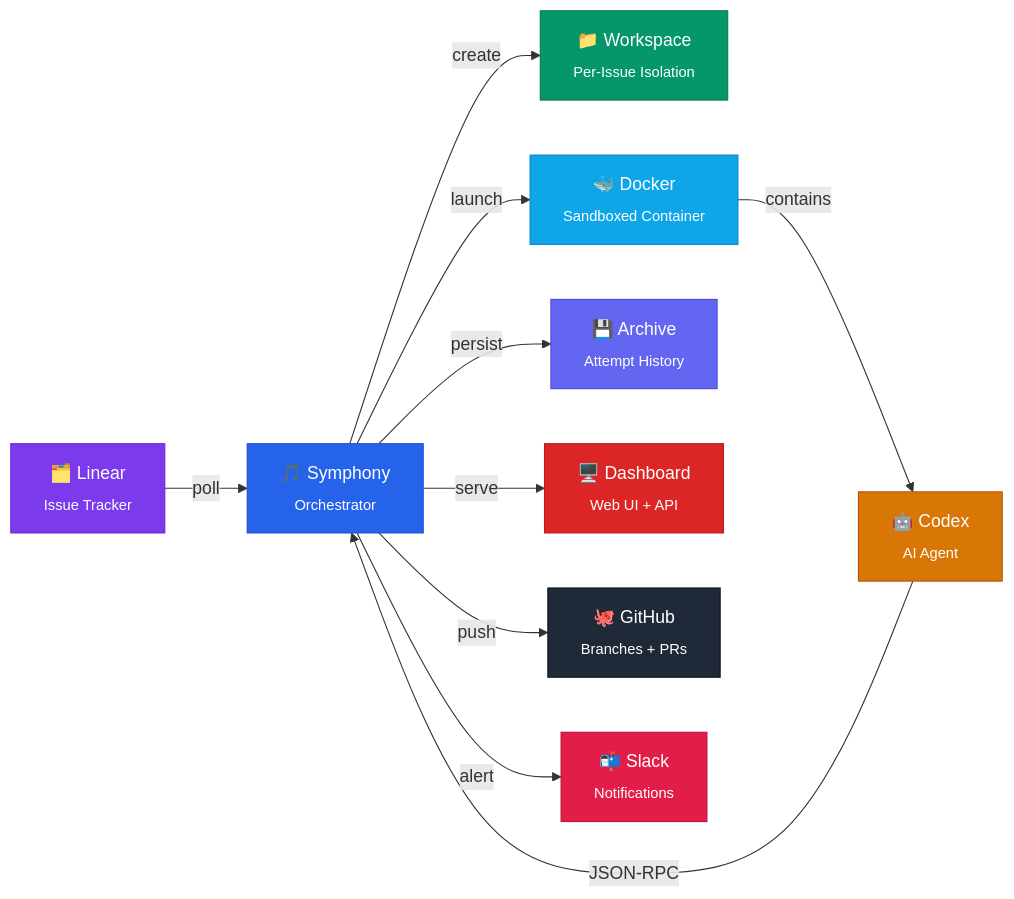
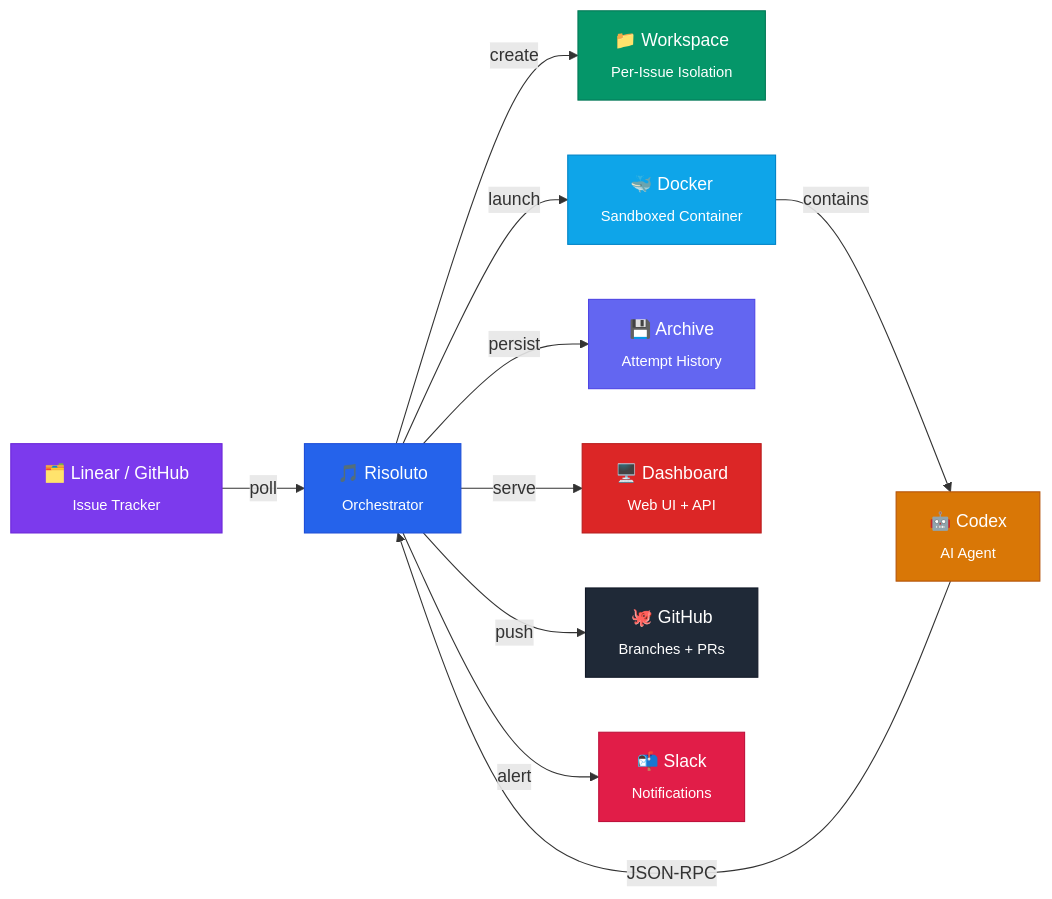
The first of 3 diagrams in README.md (OmerFarukOruc/risoluto), drawn with Mermaid before and after one commit. The commit also changed other lines of this file and 348 other files, not shown here.

````diff
--- a/README.md
+++ b/README.md
@@ -55,22 +56,22 @@
 ```mermaid
 flowchart LR
-    A["🗂️ Linear<br/><sub>Issue Tracker</sub>"] -->|"poll"| B["🎵 Symphony<br/><sub>Orchestrator</sub>"]
+    A["🗂️ Linear / GitHub<br/><sub>Issue Tracker</sub>"] -->|"poll"| B["🎵 Risoluto<br/><sub>Orchestrator</sub>"]
     B -->|"create"| C["📁 Workspace<br/><sub>Per-Issue Isolation</sub>"]
     B -->|"launch"| D["🐳 Docker<br/><sub>Sandboxed Container</sub>"]
     D -->|"contains"| E["🤖 Codex<br/><sub>AI Agent</sub>"]
     E -->|"JSON-RPC"| B
     B -->|"persist"| F["💾 Archive<br/><sub>Attempt History</sub>"]
     B -->|"serve"| G["🖥️ Dashboard<br/><sub>Web UI + API</sub>"]
     B -->|"push"| H["🐙 GitHub<br/><sub>Branches + PRs</sub>"]
     B -->|"alert"| I["📬 Slack<br/><sub>Notifications</sub>"]
 
     style A fill:#7c3aed,stroke:#6d28d9,color:#fff
     style B fill:#2563eb,stroke:#1d4ed8,color:#fff
     style C fill:#059669,stroke:#047857,color:#fff
     style D fill:#0ea5e9,stroke:#0284c7,color:#fff
     style E fill:#d97706,stroke:#b45309,color:#fff
     style F fill:#6366f1,stroke:#4f46e5,color:#fff
     style G fill:#dc2626,stroke:#b91c1c,color:#fff
     style H fill:#1f2937,stroke:#111827,color:#fff
     style I fill:#e11d48,stroke:#be123c,color:#fff
 ```
````
